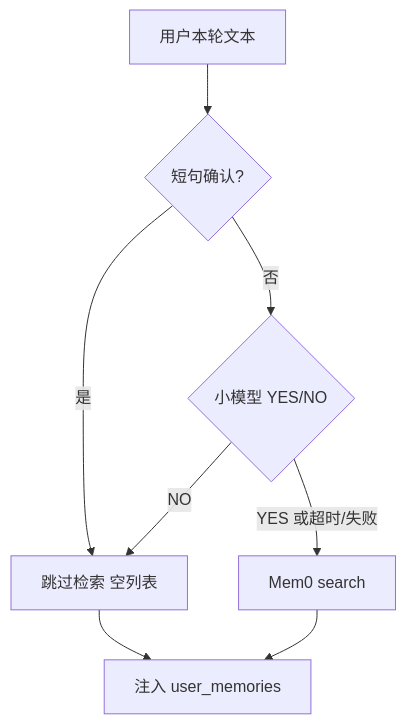
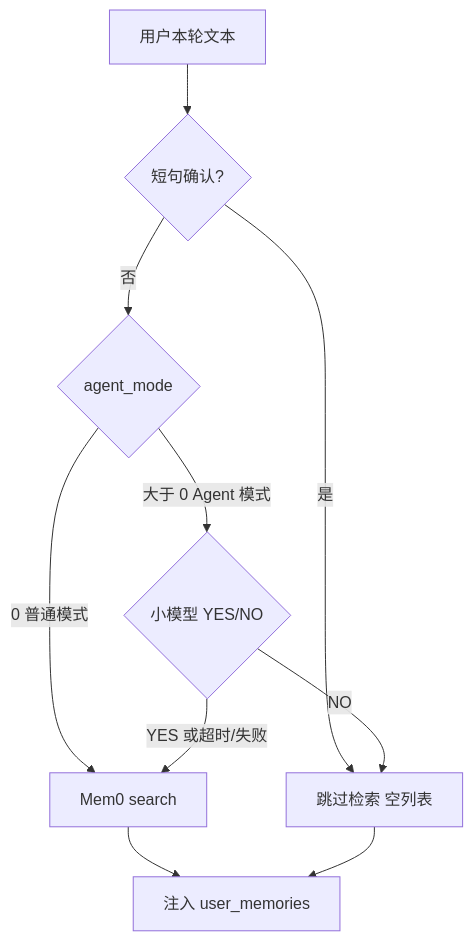
Before and after one commit to wuhonglei/chat-agent: the diagram in .cursor/plans/记忆检索决策闸门_a54e5942.plan.md, drawn with Mermaid. The commit also changed other lines of this file, not shown here.

Commit message:
feat: 更新记忆检索决策闸门方案文档，增加 agent_mode 逻辑与配置项说明

````diff
--- a/.cursor/plans/记忆检索决策闸门_a54e5942.plan.md
+++ b/.cursor/plans/记忆检索决策闸门_a54e5942.plan.md
@@ -34,16 +34,19 @@
 ```mermaid
 flowchart TD
   start[用户本轮文本]
   ack{短句确认?}
+  mode{agent_mode}
   cls{小模型 YES/NO}
   search[Mem0 search]
   skip[跳过检索 空列表]
   inject[注入 user_memories]
   start --> ack
   ack -->|是| skip
-  ack -->|否| cls
+  ack -->|否| mode
+  mode -->|0 普通模式| search
+  mode -->|大于 0 Agent 模式| cls
   cls -->|NO| skip
   cls -->|YES 或超时/失败| search
   search --> inject
   skip --> inject
 ```
````
